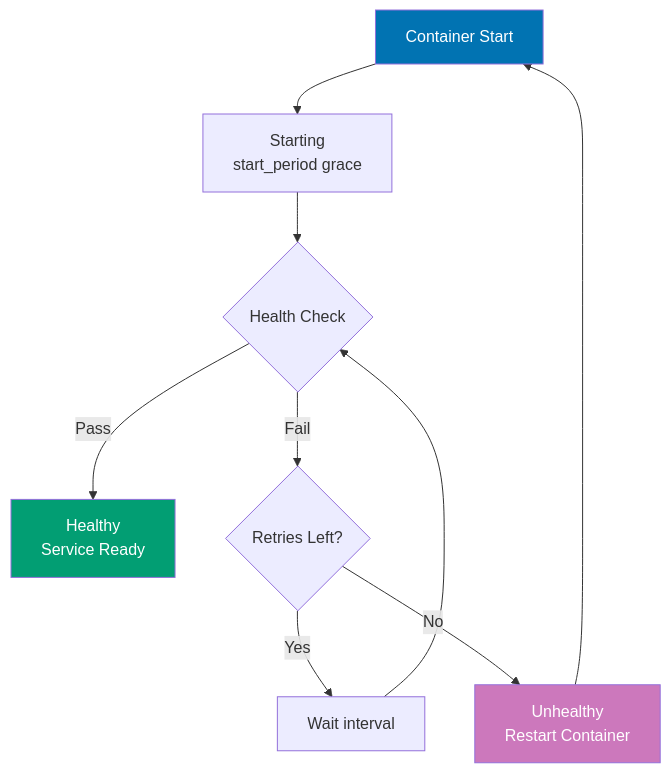
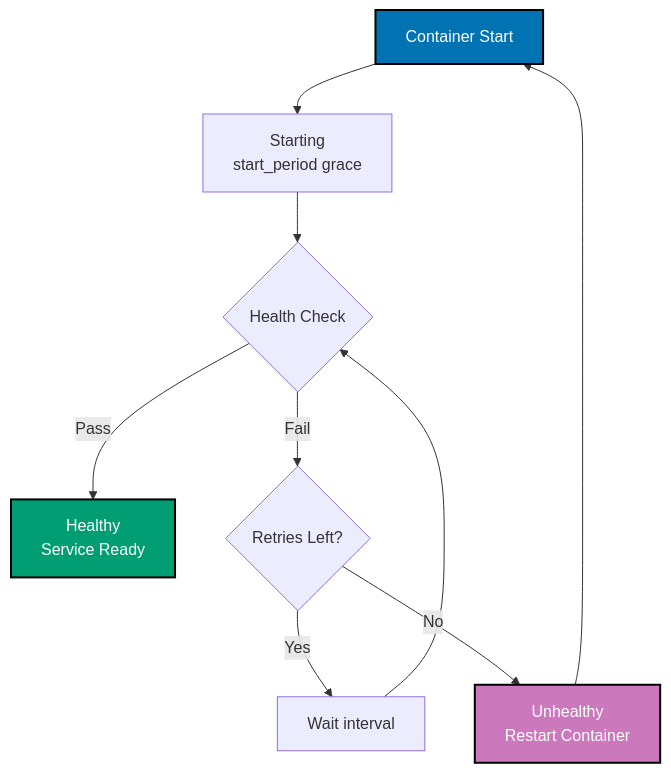
Before and after one commit to wahidyankf/open-sharia-enterprise: the fifth of 11 diagrams in apps/ayokoding-web/content/en/learn/software-engineering/infrastructure/tools/docker/by-example/intermediate.md, drawn with Mermaid. The commit also changed other lines of this file and 25 other files, not shown here.

````diff
--- a/apps/ayokoding-web/content/en/learn/software-engineering/infrastructure/tools/docker/by-example/intermediate.md
+++ b/apps/ayokoding-web/content/en/learn/software-engineering/infrastructure/tools/docker/by-example/intermediate.md
@@ -797,15 +801,16 @@
 ```mermaid
+%% Color Palette: Blue #0173B2, Orange #DE8F05, Teal #029E73, Purple #CC78BC, Brown #CA9161
 graph TD
  A["Container Start"] --> B["Starting<br/>start_period grace"]
  B --> C{Health Check}
  C -->|Pass| D["Healthy<br/>Service Ready"]
  C -->|Fail| E{Retries Left?}
  E -->|Yes| F["Wait interval"]
  F --> C
  E -->|No| G["Unhealthy<br/>Restart Container"]
  G --> A
 
- style A fill:#0173B2,color:#fff
- style D fill:#029E73,color:#fff
- style G fill:#CC78BC,color:#fff
+ style A fill:#0173B2,stroke:#000000,stroke-width:2px,color:#fff
+ style D fill:#029E73,stroke:#000000,stroke-width:2px,color:#fff
+ style G fill:#CC78BC,stroke:#000000,stroke-width:2px,color:#fff
 ```
````
